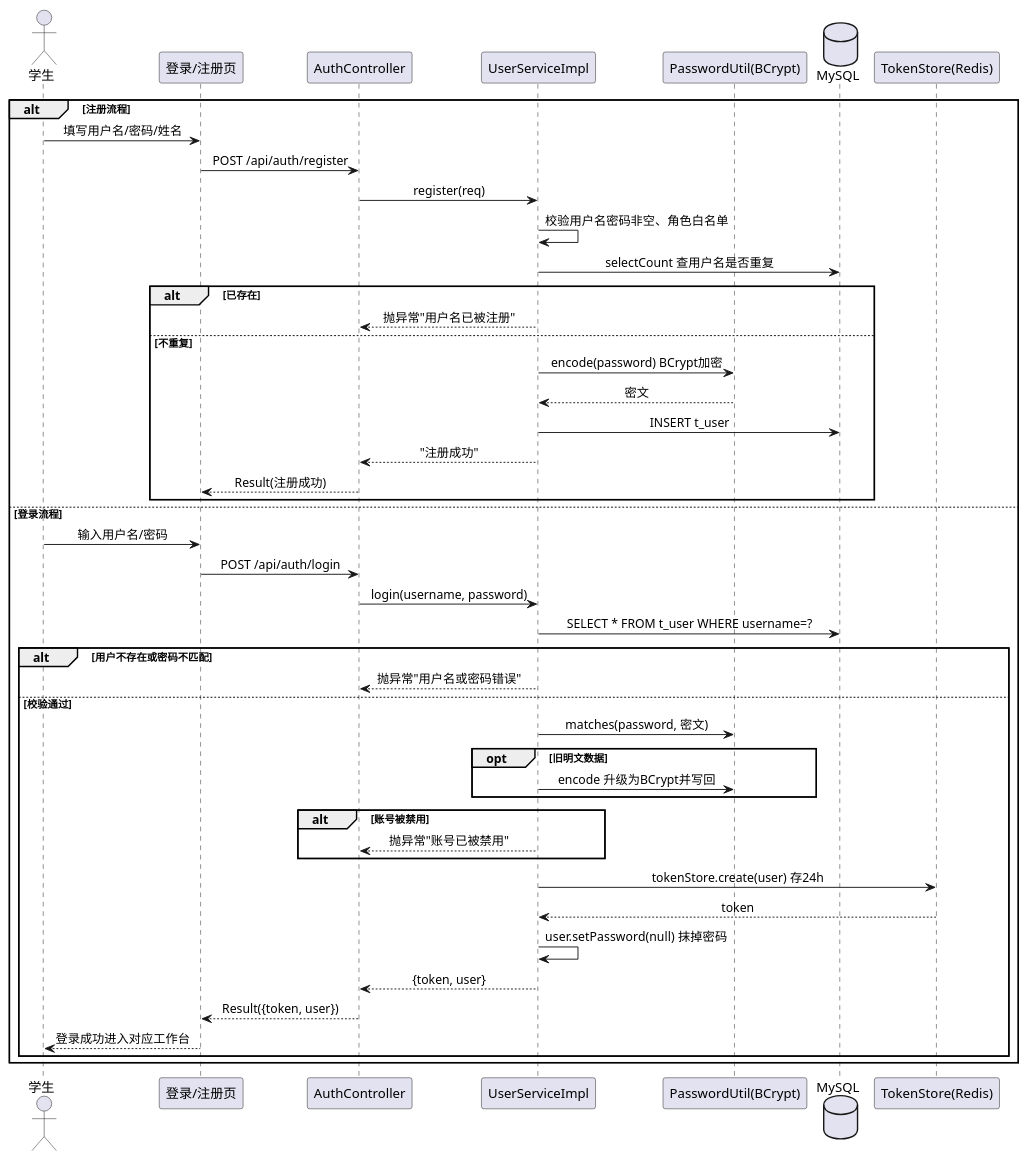
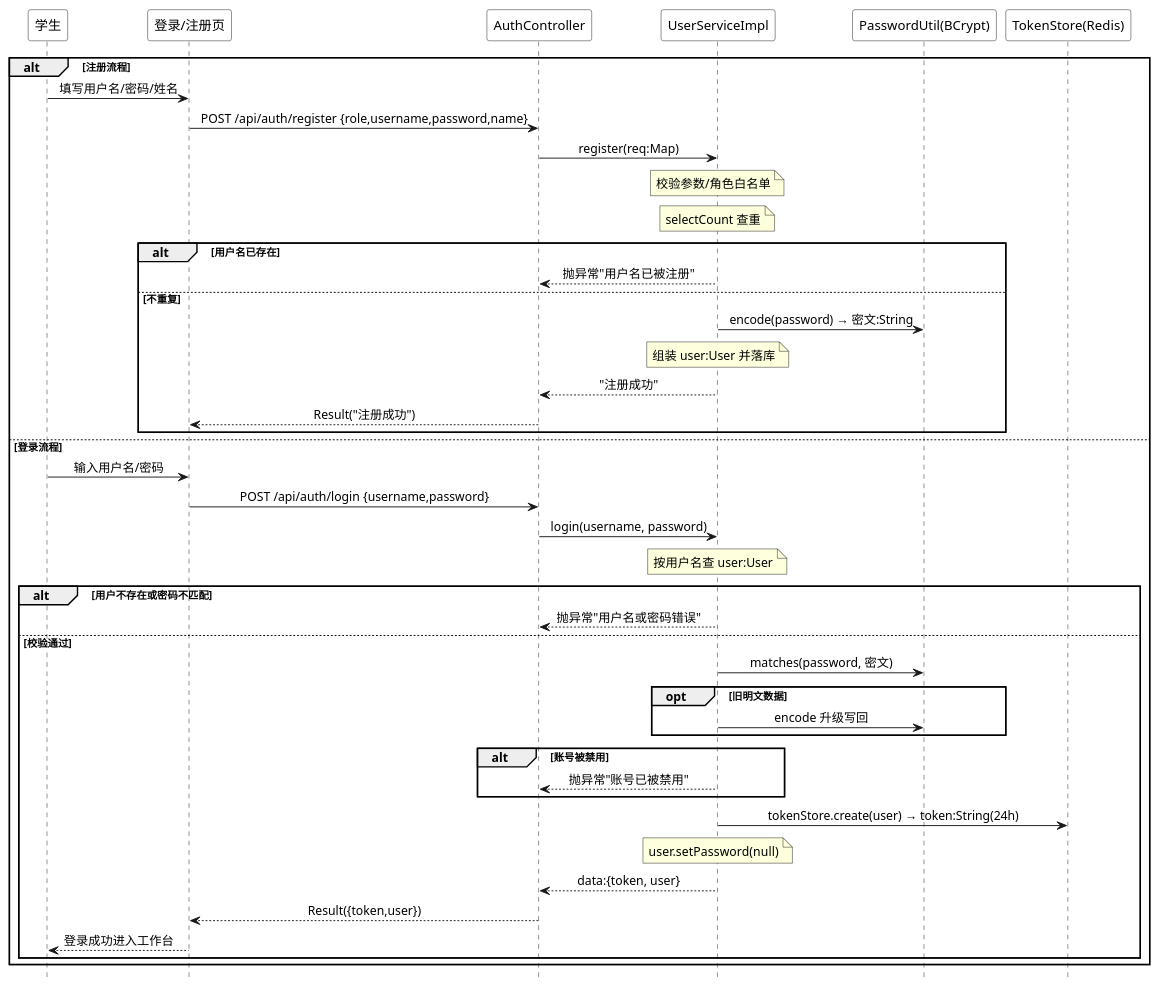
Before and after one commit to sheep7-bot/recruit-internship-system: the diagram in uml/季磊/sequence-auth.puml, drawn with PlantUML. The commit also changed 61 other files, not shown here.

Commit message:
完善 AI 简历解析服务，更新 UML 图集；API Key 改为环境变量读取

```diff
--- a/uml/季磊/sequence-auth.puml
+++ b/uml/季磊/sequence-auth.puml
@@ -1,51 +1,68 @@
 @startuml 学生注册登录时序图
 skinparam defaultFontName "Microsoft YaHei"
+hide footbox
+<style>
+participant {
+  FontColor white
+  BorderColor white
+  BackgroundColor white
+}
+sequenceDiagram {
+  FontColor black
+}
+</style>
 skinparam sequenceMessageAlign center
-
-actor "学生" as stu
+participant "学生" as stu
 participant "登录/注册页" as web
 participant "AuthController" as auth
 participant "UserServiceImpl" as svc
 participant "PasswordUtil(BCrypt)" as bc
-database "MySQL" as db
 participant "TokenStore(Redis)" as redis
-
 alt 注册流程
   stu -> web : 填写用户名/密码/姓名
-  web -> auth : POST /api/auth/register
-  auth -> svc : register(req)
-  svc -> svc : 校验用户名密码非空、角色白名单
-  svc -> db : selectCount 查用户名是否重复
-  alt 已存在
+  web -> auth : POST /api/auth/register {role,username,password,name}
+  auth -> svc : register(req:Map)
+  note over svc
+    校验参数/角色白名单
+  end note
+  note over svc
+    selectCount 查重
+  end note
+  alt 用户名已存在
     svc --> auth : 抛异常"用户名已被注册"
   else 不重复
-    svc -> bc : encode(password) BCrypt加密
-    bc --> svc : 密文
-    svc -> db : INSERT t_user
+    svc -> bc : encode(password) → 密文:String
+    note over svc
+      组装 user:User 并落库
+    end note
     svc --> auth : "注册成功"
-    auth --> web : Result(注册成功)
+    auth --> web : Result("注册成功")
   end
 else 登录流程
   stu -> web : 输入用户名/密码
-  web -> auth : POST /api/auth/login
+  web -> auth : POST /api/auth/login {username,password}
   auth -> svc : login(username, password)
-  svc -> db : SELECT * FROM t_user WHERE username=?
+  note over svc
+    按用户名查 user:User
+  end note
   alt 用户不存在或密码不匹配
     svc --> auth : 抛异常"用户名或密码错误"
   else 校验通过
     svc -> bc : matches(password, 密文)
     opt 旧明文数据
-      svc -> bc : encode 升级为BCrypt并写回
+      svc -> bc : encode 升级写回
     end
     alt 账号被禁用
       svc --> auth : 抛异常"账号已被禁用"
     end
-    svc -> redis : tokenStore.create(user) 存24h
-    redis --> svc : token
-    svc -> svc : user.setPassword(null) 抹掉密码
-    svc --> auth : {token, user}
-    auth --> web : Result({token, user})
-    web --> stu : 登录成功进入对应工作台
+    svc -> redis : tokenStore.create(user) → token:String(24h)
+    note over svc
+      user.setPassword(null)
+    end note
+    svc --> auth : data:{token, user}
+    auth --> web : Result({token,user})
+    web --> stu : 登录成功进入工作台
   end
 end
+
 @enduml
```
